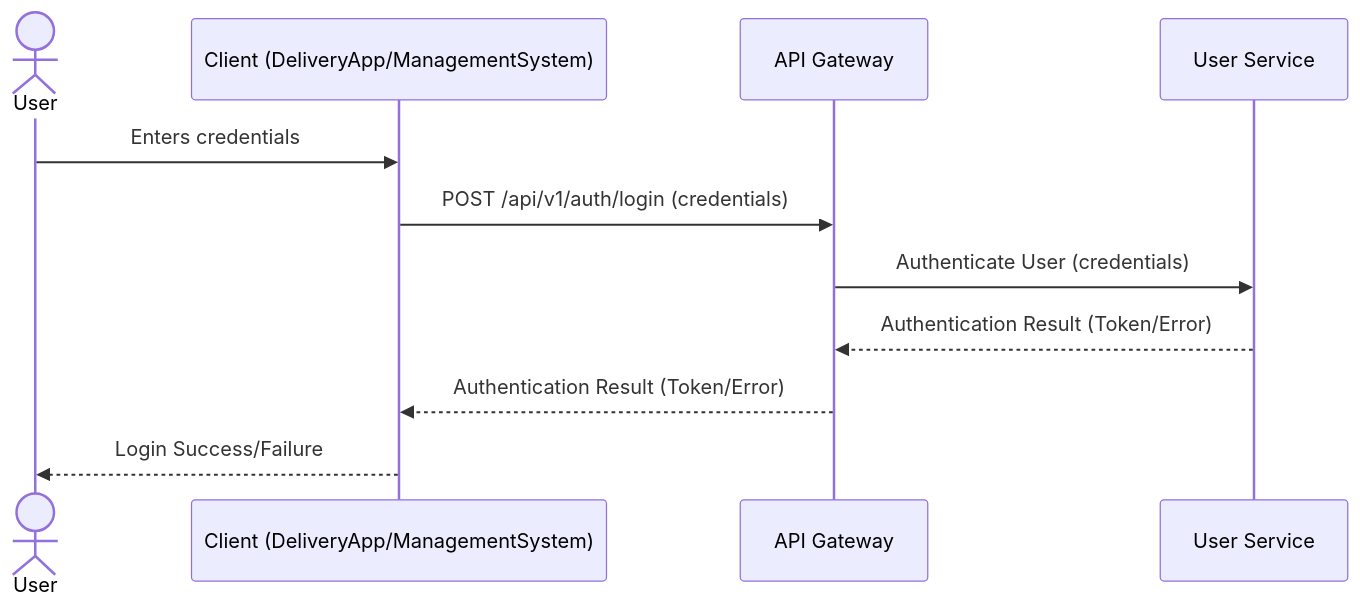
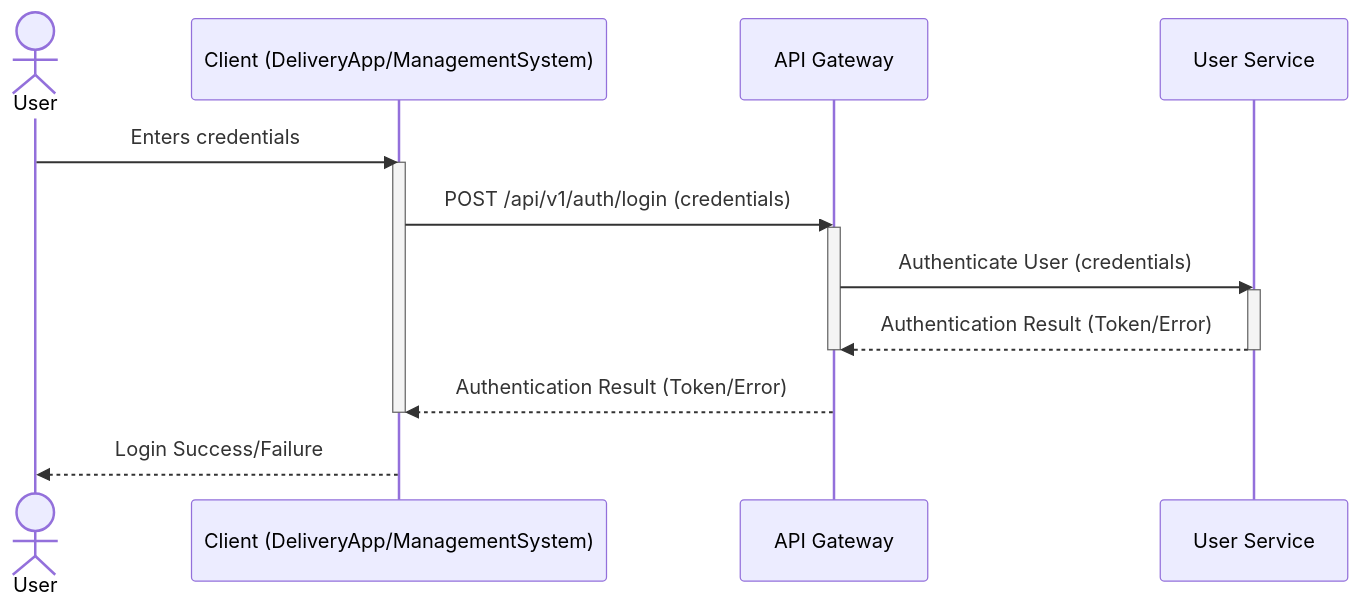
Before and after one commit to hungdev11/Delivery-Coodinating-System-And-Delivery-App: the first of 2 diagrams in reports/3_APIS_AND_FUNCTIONS/diagrams/system_flows.md, drawn with Mermaid. The commit also changed other lines of this file and 11 other files, not shown here.

Commit message:
add processing bar for sequence diagram

````diff
--- a/reports/3_APIS_AND_FUNCTIONS/diagrams/system_flows.md
+++ b/reports/3_APIS_AND_FUNCTIONS/diagrams/system_flows.md
@@ -9,14 +9,20 @@
 ```mermaid
 sequenceDiagram
     actor User
     participant Client as Client (DeliveryApp/ManagementSystem)
     participant APIGateway as API Gateway
     participant UserService as User Service
 
     User->>Client: Enters credentials
+    activate Client
     Client->>APIGateway: POST /api/v1/auth/login (credentials)
+    activate APIGateway
     APIGateway->>UserService: Authenticate User (credentials)
+    activate UserService
     UserService-->>APIGateway: Authentication Result (Token/Error)
+    deactivate UserService
+    deactivate APIGateway
     APIGateway-->>Client: Authentication Result (Token/Error)
+    deactivate Client
     Client-->>User: Login Success/Failure
 ```
````
